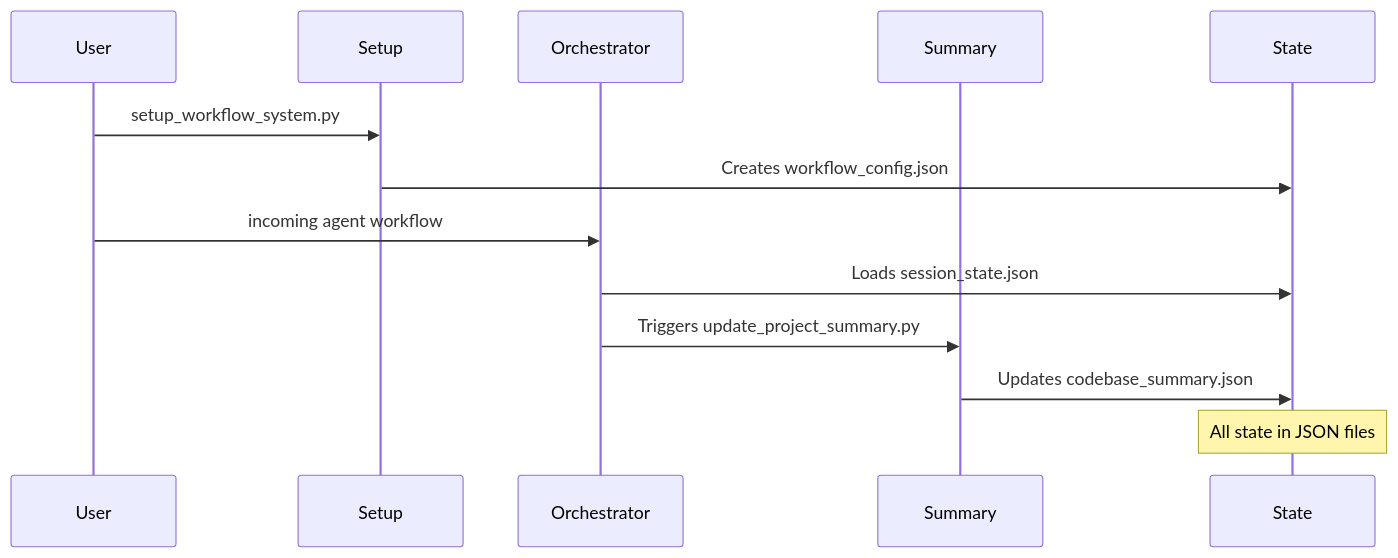
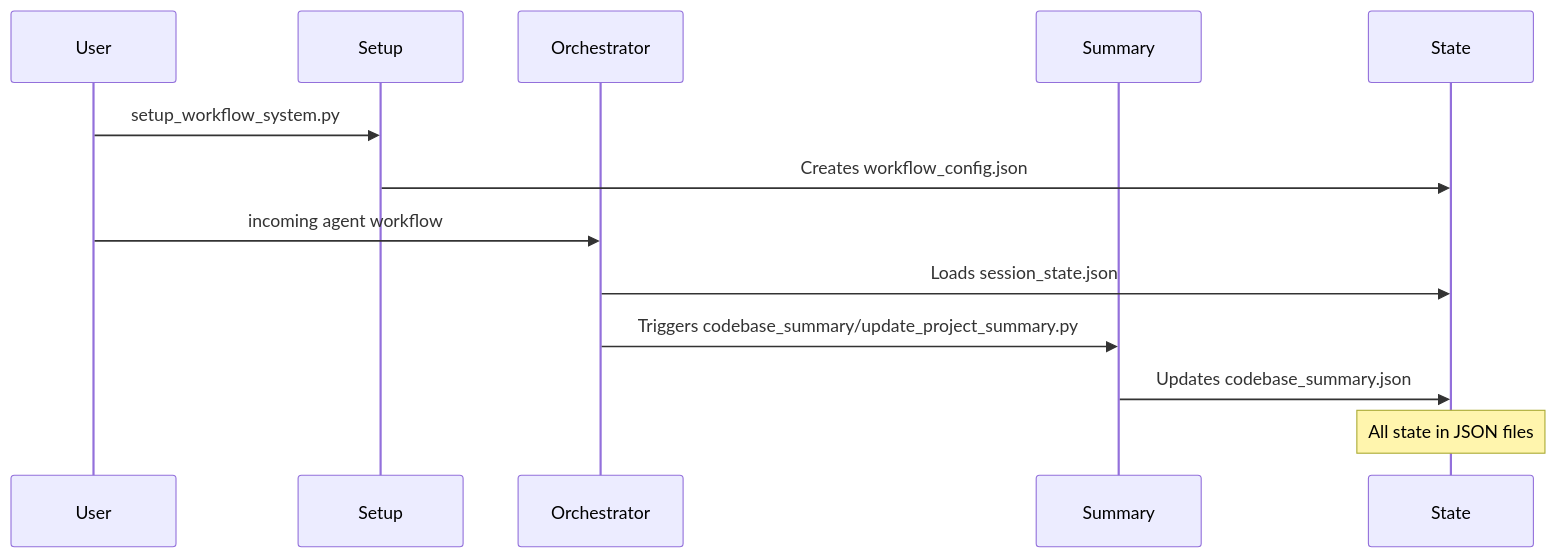
One commit to Spitfire-Products/Arkival-V4 changed the fourth of 5 diagrams in ARCHITECTURE_DIAGRAM.md. Above: the diagram before and after it, drawn with Mermaid. The commit also changed other lines of this file and 5 other files, not shown here.

````diff
--- a/ARCHITECTURE_DIAGRAM.md
+++ b/ARCHITECTURE_DIAGRAM.md
@@ -104,16 +104,16 @@
 ```mermaid
 sequenceDiagram
     participant User
     participant Setup
     participant Orchestrator
     participant Summary
     participant State
     
     User->>Setup: setup_workflow_system.py
     Setup->>State: Creates workflow_config.json
     User->>Orchestrator: incoming agent workflow
     Orchestrator->>State: Loads session_state.json
-    Orchestrator->>Summary: Triggers update_project_summary.py
+    Orchestrator->>Summary: Triggers codebase_summary/update_project_summary.py
     Summary->>State: Updates codebase_summary.json
     Note over State: All state in JSON files
 ```
````
